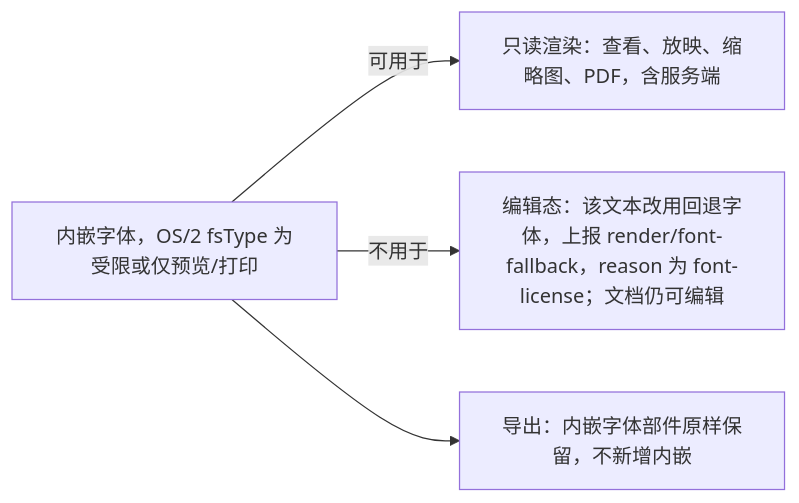
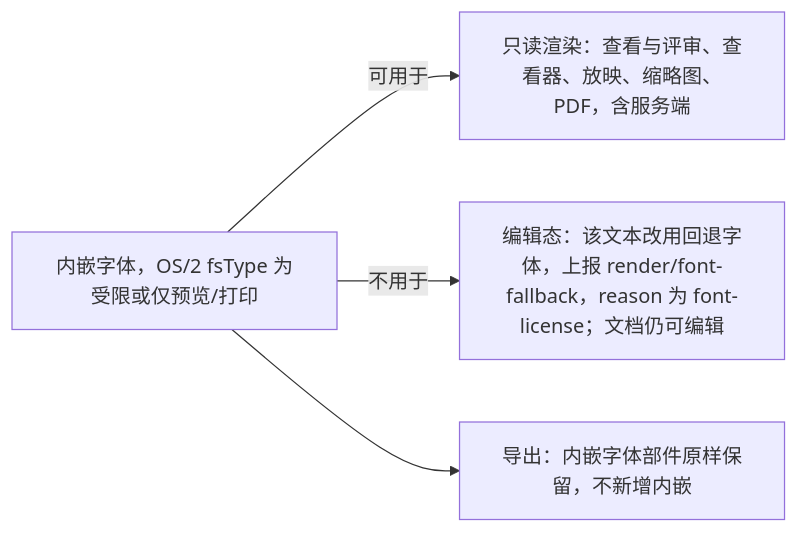
The tenth of 11 diagrams in docs/10-prd/03-features/01-open-and-fidelity.md (Xeonice/cordis-ppt-editor), drawn with Mermaid before and after one commit. The commit also changed other lines of this file and 19 other files, not shown here.

````diff
--- a/docs/10-prd/03-features/01-open-and-fidelity.md
+++ b/docs/10-prd/03-features/01-open-and-fidelity.md
@@ -559,10 +569,10 @@
 ```mermaid
 flowchart LR
   font["内嵌字体，OS/2 fsType 为受限或仅预览/打印"]
-  ro["只读渲染：查看、放映、缩略图、PDF，含服务端"]
+  ro["只读渲染：查看与评审、查看器、放映、缩略图、PDF，含服务端"]
   editing["编辑态：该文本改用回退字体，上报 render/font-fallback，reason 为 font-license；文档仍可编辑"]
   exp["导出：内嵌字体部件原样保留，不新增内嵌"]
   font -->|"可用于"| ro
   font -->|"不用于"| editing
   font --> exp
 ```
````
